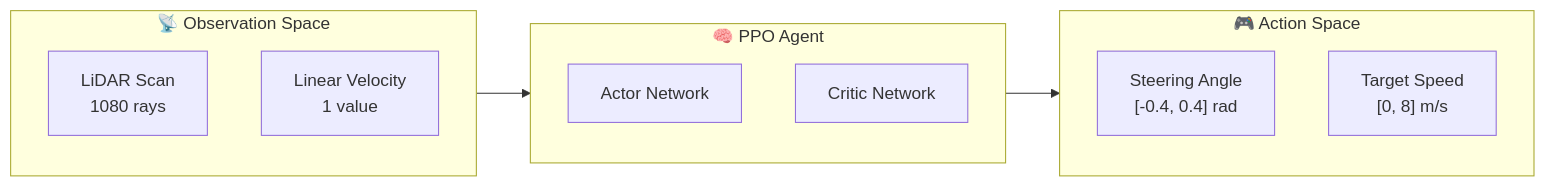
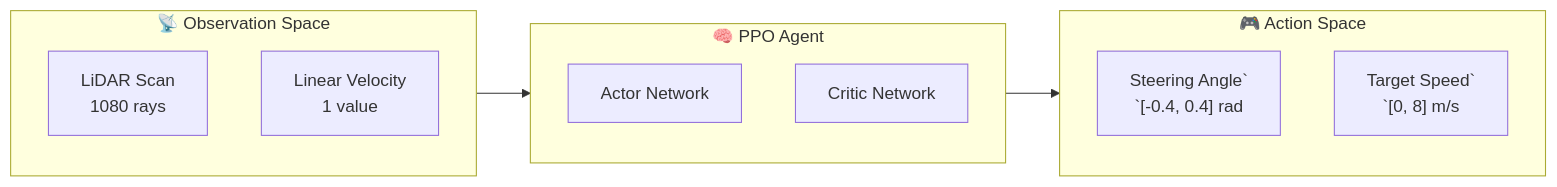
The second of 8 diagrams in _posts/project/2025-11-22-agent-mcqueen.md (leesg0107/leesg0107.github.io), drawn with Mermaid before and after one commit. The commit also changed other lines of this file, not shown here.

First line of the commit message:
Change vertical Mermaid diagrams to horizontal layout

```diff
--- a/_posts/project/2025-11-22-agent-mcqueen.md
+++ b/_posts/project/2025-11-22-agent-mcqueen.md
@@ -88,20 +90,21 @@
 <div class="mermaid">
 flowchart LR
     subgraph OBS["📡 Observation Space"]
         LIDAR["LiDAR Scan<br/>1080 rays"]
         VEL["Linear Velocity<br/>1 value"]
     end
 
     subgraph AGENT["🧠 PPO Agent"]
         ACTOR["Actor Network"]
         CRITIC["Critic Network"]
     end
 
     subgraph ACT["🎮 Action Space"]
-        STEER["Steering Angle<br/>[-0.4, 0.4] rad"]
-        SPEED["Target Speed<br/>[0, 8] m/s"]
+        STEER["Steering Angle`<br/>`[-0.4, 0.4] rad"]
+        SPEED["Target Speed`<br/>`[0, 8] m/s"]
     end
 
     OBS --> AGENT
     AGENT --> ACT
+
 </div>
```
